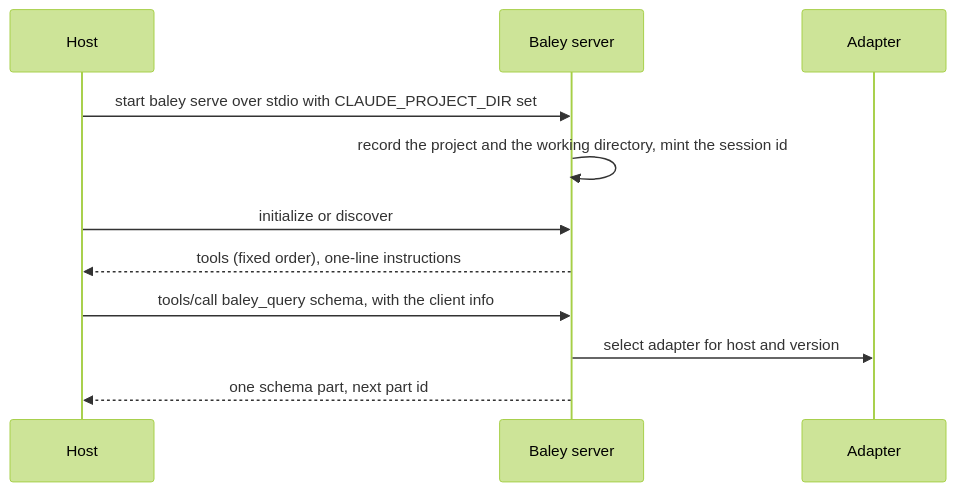
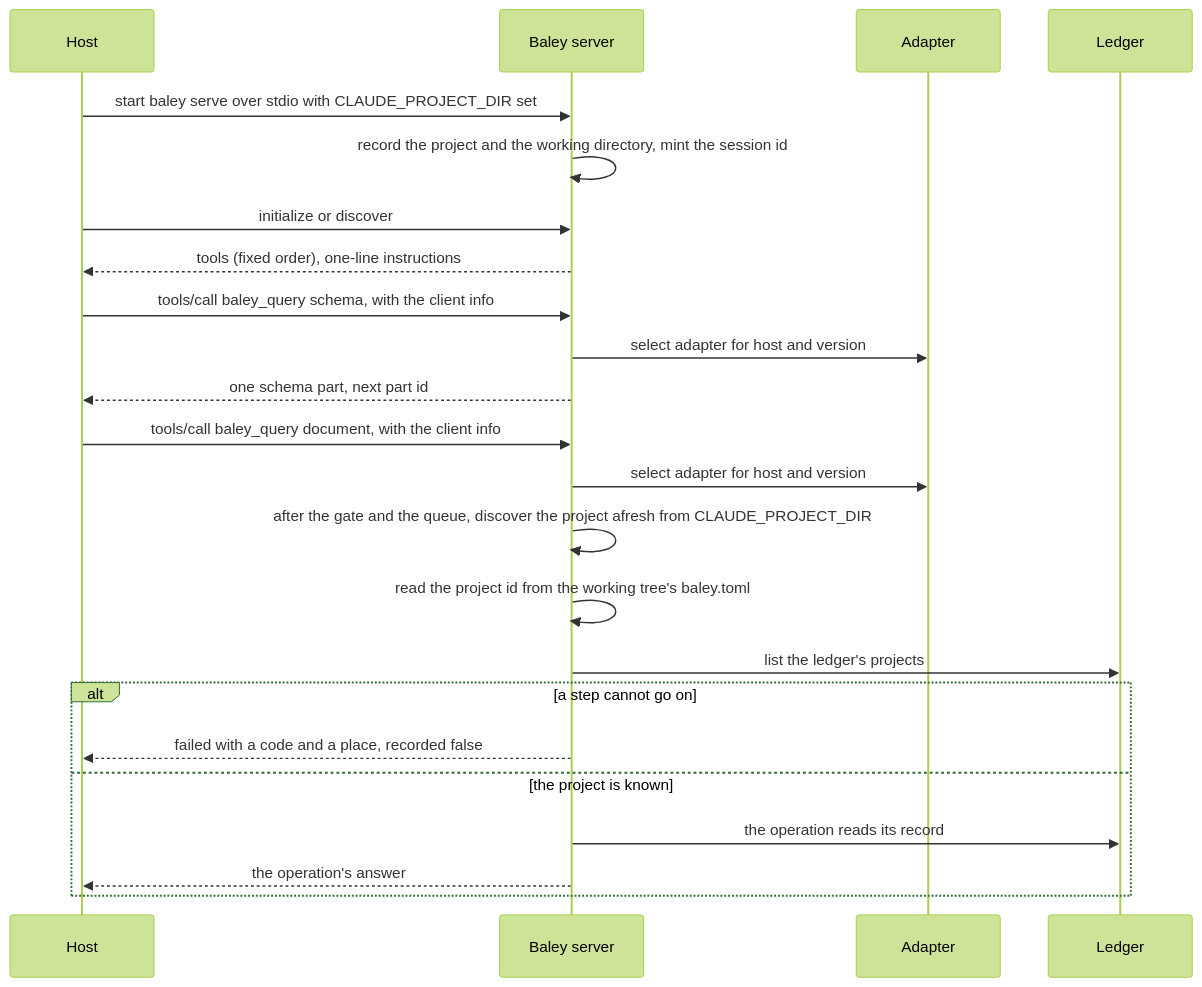
Before and after one commit to crenshawdev/baley: the third of 7 diagrams in docs/design/0012-host-interface.md, drawn with Mermaid (forest theme). The commit also changed other lines of this file, not shown here.

First line of the commit message:
docs(design): draw a project call and the order a write is prepared in

````diff
--- a/docs/design/0012-host-interface.md
+++ b/docs/design/0012-host-interface.md
@@ -206,13 +206,25 @@
 ```mermaid
 sequenceDiagram
   participant H as Host
   participant S as Baley server
   participant A as Adapter
+  participant L as Ledger
   H->>S: start baley serve over stdio with CLAUDE_PROJECT_DIR set
   S->>S: record the project and the working directory, mint the session id
   H->>S: initialize or discover
   S-->>H: tools (fixed order), one-line instructions
   H->>S: tools/call baley_query schema, with the client info
   S->>A: select adapter for host and version
   S-->>H: one schema part, next part id
+  H->>S: tools/call baley_query document, with the client info
+  S->>A: select adapter for host and version
+  S->>S: after the gate and the queue, discover the project afresh from CLAUDE_PROJECT_DIR
+  S->>S: read the project id from the working tree's baley.toml
+  S->>L: list the ledger's projects
+  alt a step cannot go on
+    S-->>H: failed with a code and a place, recorded false
+  else the project is known
+    S->>L: the operation reads its record
+    S-->>H: the operation's answer
+  end
 ```
````
